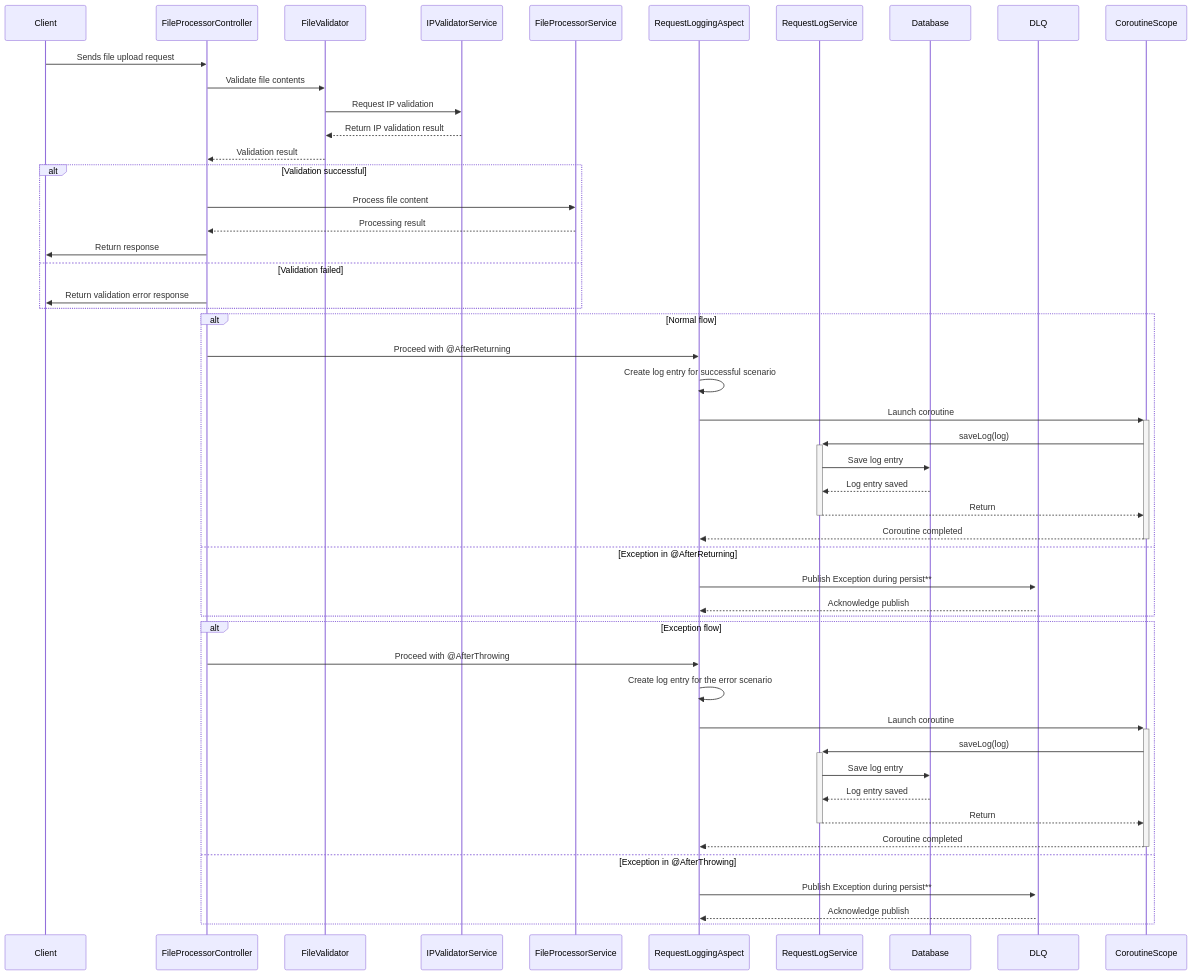
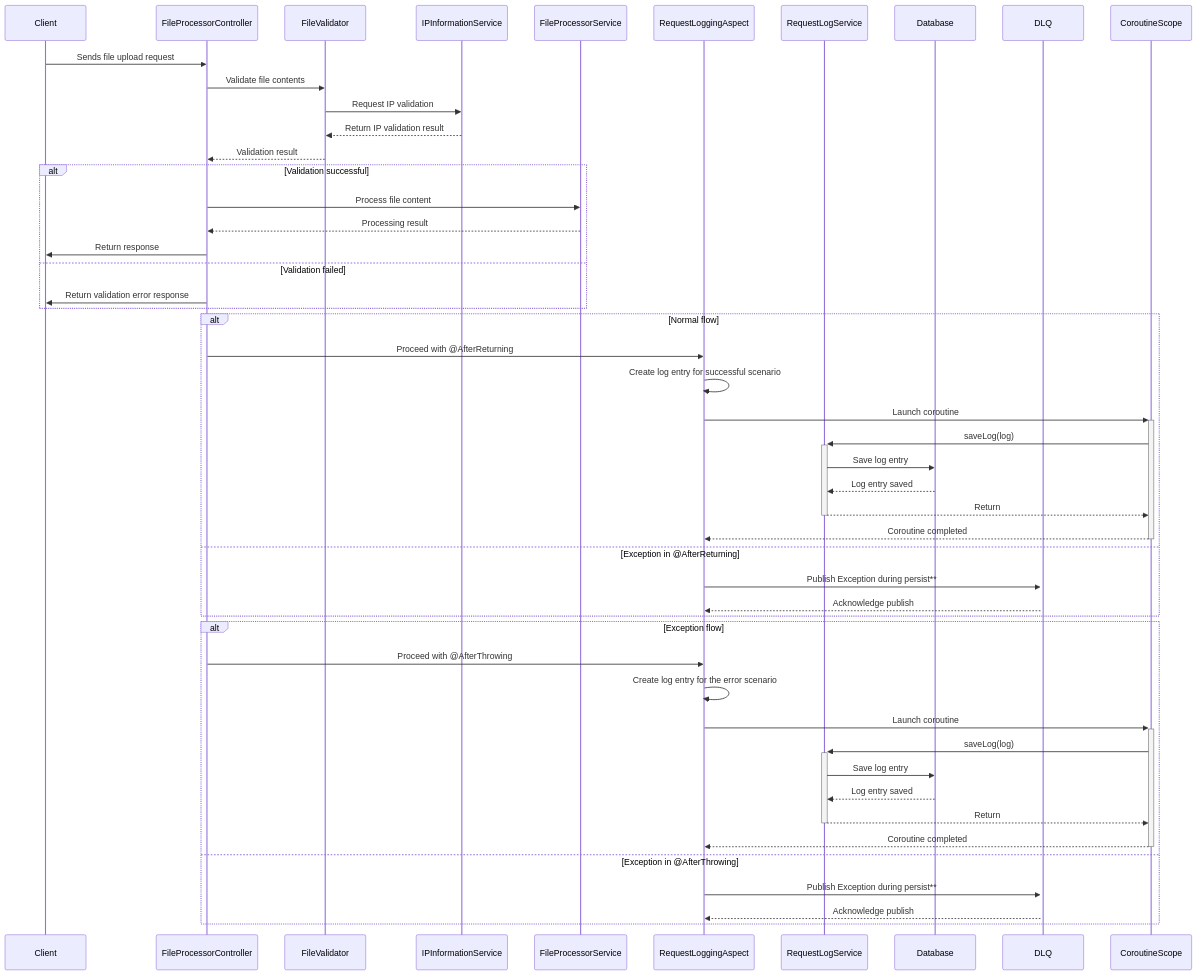
The diagram in README.md (skkcoder/assessment), drawn with Mermaid before and after one commit. The commit also changed other lines of this file and 11 other files, not shown here.

````diff
--- a/README.md
+++ b/README.md
@@ -26,52 +27,52 @@
 ```mermaid
 sequenceDiagram
    participant Client
    participant FileProcessorController
    participant FileValidator
-   participant IPValidatorService
+   participant IPInformationService
    participant FileProcessorService
    participant RequestLoggingAspect
    participant RequestLogService
    participant Database
    participant DLQ
    Client ->> FileProcessorController: Sends file upload request
    FileProcessorController ->> FileValidator: Validate file contents
-   FileValidator ->> IPValidatorService: Request IP validation
-   IPValidatorService -->> FileValidator: Return IP validation result
+   FileValidator ->> IPInformationService: Request IP validation
+   IPInformationService -->> FileValidator: Return IP validation result
    FileValidator -->> FileProcessorController: Validation result
    alt Validation successful
       FileProcessorController ->> FileProcessorService: Process file content
       FileProcessorService -->> FileProcessorController: Processing result
       FileProcessorController ->> Client: Return response
    else Validation failed
       FileProcessorController ->> Client: Return validation error response
    end
 
    alt Normal flow
       FileProcessorController ->> RequestLoggingAspect: Proceed with @AfterReturning
       RequestLoggingAspect ->> RequestLoggingAspect: Create log entry for successful scenario
       RequestLoggingAspect ->>+ CoroutineScope: Launch coroutine
       CoroutineScope ->>+ RequestLogService: saveLog(log)
       RequestLogService ->> Database: Save log entry
       Database -->> RequestLogService: Log entry saved
       RequestLogService -->>- CoroutineScope: Return
       CoroutineScope -->>- RequestLoggingAspect: Coroutine completed
    else Exception in @AfterReturning
       RequestLoggingAspect ->>+ DLQ: Publish Exception during persist**
       DLQ -->> RequestLoggingAspect: Acknowledge publish
    end
 
    alt Exception flow
       FileProcessorController ->> RequestLoggingAspect: Proceed with @AfterThrowing
       RequestLoggingAspect ->> RequestLoggingAspect: Create log entry for the error scenario
       RequestLoggingAspect ->>+ CoroutineScope: Launch coroutine
       CoroutineScope ->>+ RequestLogService: saveLog(log)
       RequestLogService ->> Database: Save log entry
       Database -->> RequestLogService: Log entry saved
       RequestLogService -->>- CoroutineScope: Return
       CoroutineScope -->>- RequestLoggingAspect: Coroutine completed
    else Exception in @AfterThrowing
       RequestLoggingAspect ->>+ DLQ: Publish Exception during persist**
       DLQ -->> RequestLoggingAspect: Acknowledge publish
    end
 ```
````
